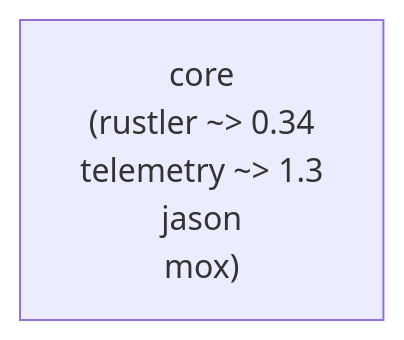
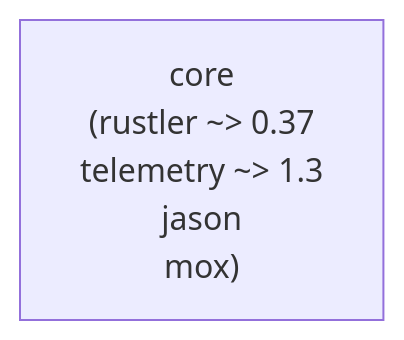
The diagram in docs/architecture/elixir/core.md (FRICK-ELDY/alchemy-engine), drawn with Mermaid before and after one commit. The commit also changed 11 other files, not shown here.

````diff
--- a/docs/architecture/elixir/core.md
+++ b/docs/architecture/elixir/core.md
@@ -270,4 +270,4 @@
 ```mermaid
 graph LR
-    GE["core\n(rustler ~> 0.34\ntelemetry ~> 1.3\njason\nmox)"]
+    GE["core\n(rustler ~> 0.37\ntelemetry ~> 1.3\njason\nmox)"]
 ```
````
